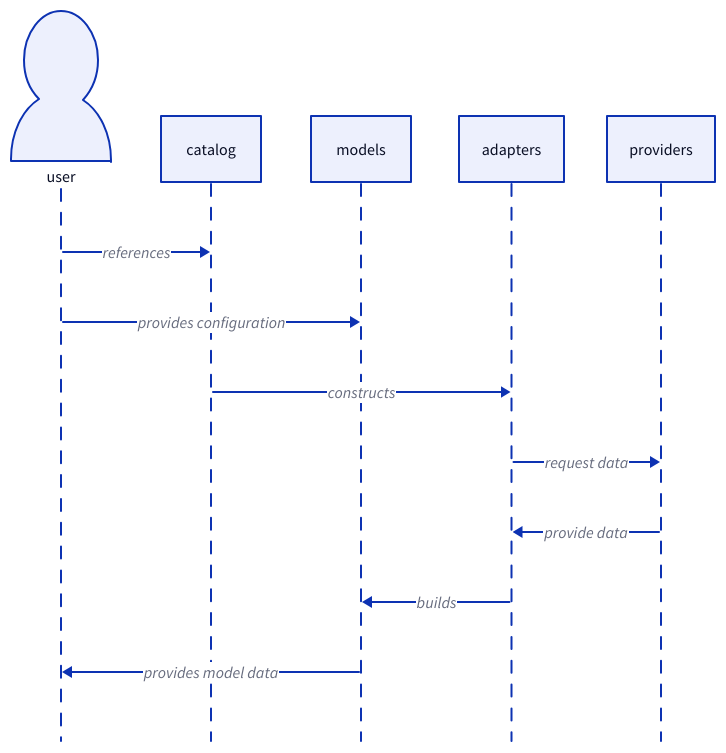
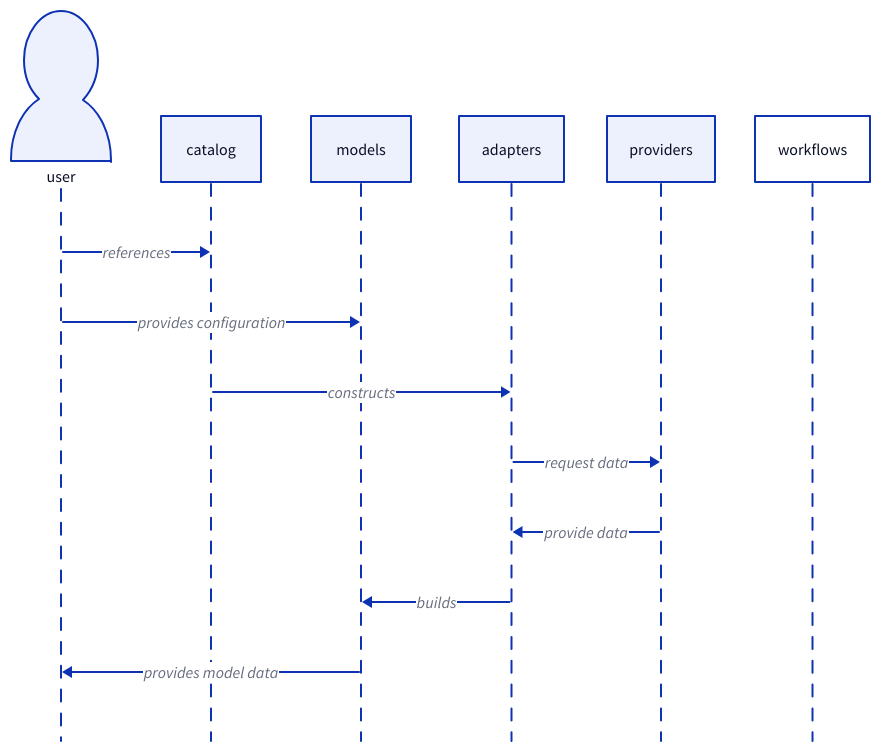
One commit to savente93/hydromt-wiki changed the diagram in d2-diagrams/run-sequence.d2. Above: the diagram before and after it, drawn with D2.

Commit message:
run-sequence is now flowchart

```diff
--- a/d2-diagrams/run-sequence.d2
+++ b/d2-diagrams/run-sequence.d2
@@ -1,13 +1,18 @@
 shape: sequence_diagram
 user: {
   shape: person
 }
 catalog
+models
+adapters 
+providers
+workflows
 
 user -> catalog: references
 user -> models: provides configuration
 catalog -> adapters: constructs
+
 adapters -> providers: request data
 providers -> adapters: provide data
 adapters -> models: builds
 models -> user: provides model data
```
